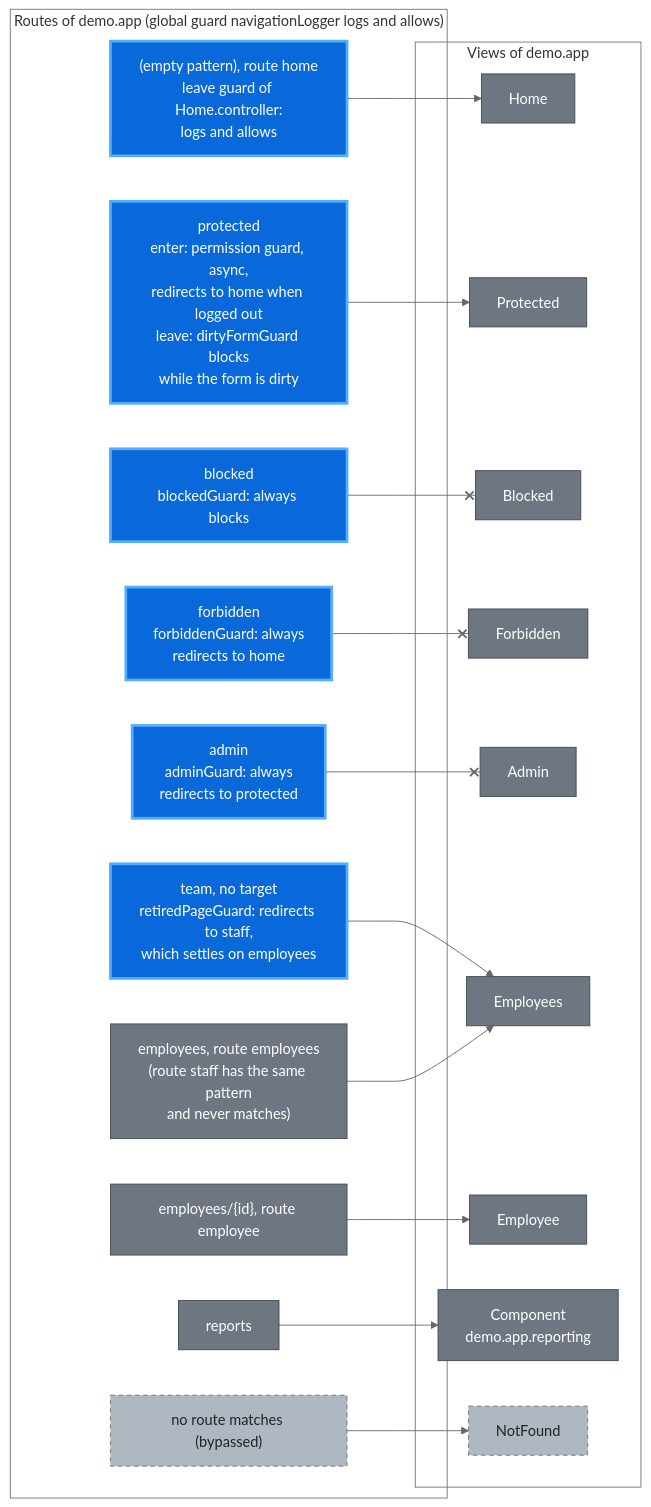
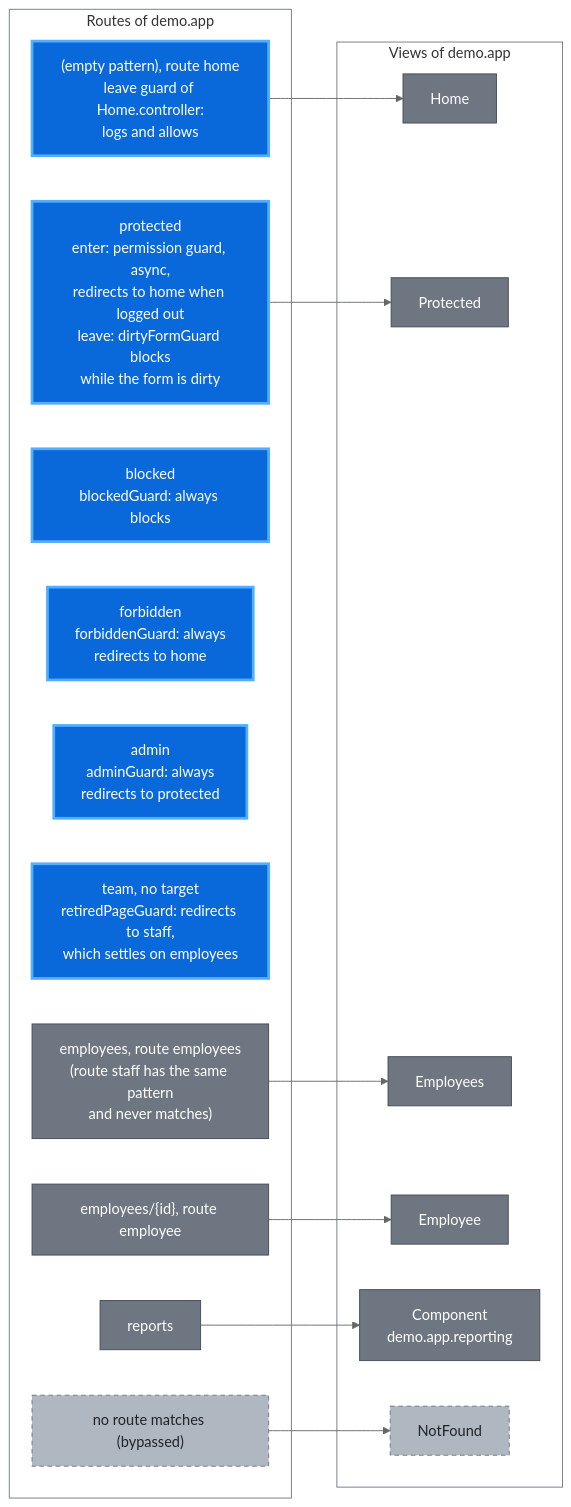
The first of 2 diagrams in packages/demo-app/README.md (wridgeu/ui5-lib-guard-router), drawn with Mermaid (neutral theme) before and after one commit. The commit also changed other lines of this file and 2 other files, not shown here.

Commit message:
docs: put the legend of the overview under it and straighten the demo route map
Claude-Session: https://claude.ai/code/session_01WgqSRUKcbEApXUbdrBBVmr

````diff
--- a/packages/demo-app/README.md
+++ b/packages/demo-app/README.md
@@ -14,47 +14,40 @@
 ```mermaid
 flowchart LR
-    subgraph routes ["Routes of demo.app (global guard navigationLogger logs and allows)"]
+    subgraph routes ["Routes of demo.app"]
         rHome["(empty pattern), route home<br/>leave guard of Home.controller:<br/>logs and allows"]
         rProtected["protected<br/>enter: permission guard, async,<br/>redirects to home when logged out<br/>leave: dirtyFormGuard blocks<br/>while the form is dirty"]
         rBlocked["blocked<br/>blockedGuard: always blocks"]
         rForbidden["forbidden<br/>forbiddenGuard: always<br/>redirects to home"]
         rAdmin["admin<br/>adminGuard: always<br/>redirects to protected"]
         rTeam["team, no target<br/>retiredPageGuard: redirects to staff,<br/>which settles on employees"]
         rEmployees["employees, route employees<br/>(route staff has the same pattern<br/>and never matches)"]
         rEmployee["employees/{id}, route employee"]
         rReports["reports"]
         rNone["no route matches (bypassed)"]
     end
 
     subgraph views ["Views of demo.app"]
         home["Home"]
         protected["Protected"]
-        blocked["Blocked"]
-        forbidden["Forbidden"]
-        admin["Admin"]
         employees["Employees"]
         employee["Employee"]
         reporting["Component<br/>demo.app.reporting"]
         notFound["NotFound"]
     end
 
     rHome --> home
     rProtected --> protected
-    rBlocked --x blocked
-    rForbidden --x forbidden
-    rAdmin --x admin
-    rTeam --> employees
     rEmployees --> employees
     rEmployee --> employee
     rReports --> reporting
     rNone --> notFound
 
     classDef native fill:#6e7781,stroke:#424a53,color:#ffffff
     classDef added fill:#0969da,stroke:#54aeff,stroke-width:3px,color:#ffffff
     classDef optional fill:#afb8c1,stroke:#6e7781,stroke-dasharray:5 4,color:#1f2328
-    class rEmployees,rEmployee,rReports,home,protected,blocked,forbidden,admin,employees,employee,reporting native
+    class rEmployees,rEmployee,rReports,home,protected,employees,employee,reporting native
     class rHome,rProtected,rBlocked,rForbidden,rAdmin,rTeam added
     class rNone,notFound optional
     style routes fill:none,stroke:#6e7781
     style views fill:none,stroke:#6e7781
 ```
````
